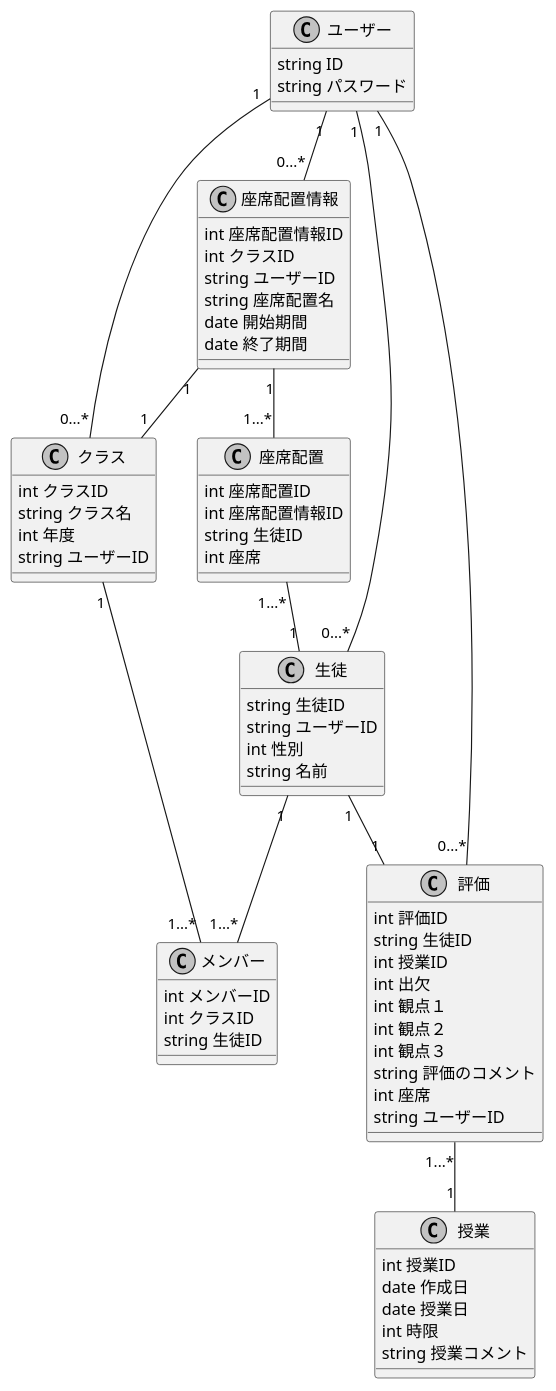
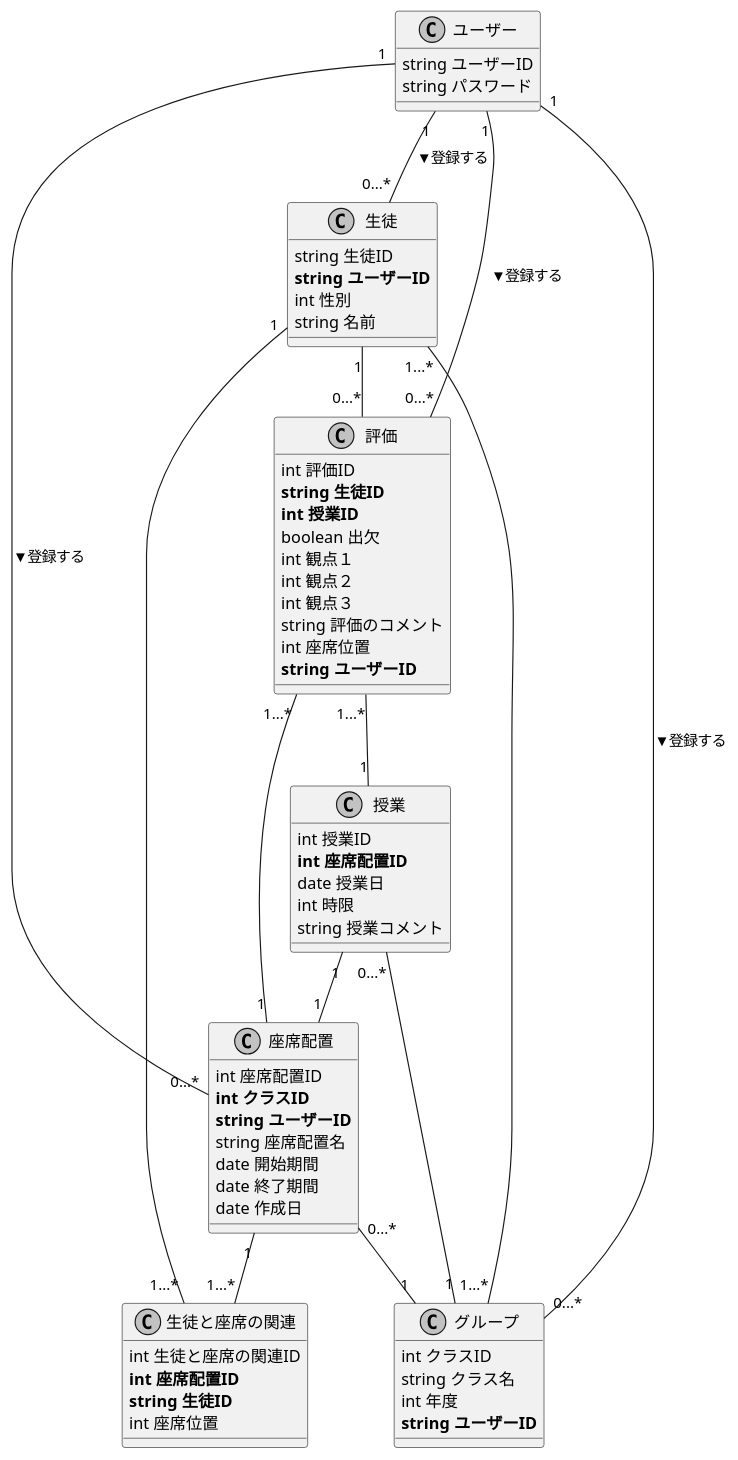
The diagram in docs/class.pu (hatosableSAN/KTaNE-Expertingweb), drawn with PlantUML before and after one commit. The commit also changed 1 other file, not shown here.

Commit message:
update:インスペクションをもとに、クラス図を変更

```diff
--- a/docs/class.pu
+++ b/docs/class.pu
@@ -1,79 +1,78 @@
 @startuml class_diagram
 skinparam monochrome true
 skinparam shadowing false
 ' クラスを定義
 
 class ユーザー{
-    string ID
+    string ユーザーID
     string パスワード
 }
 
 class 生徒{
     string 生徒ID
-    string ユーザーID
+    **string ユーザーID**
     int 性別
     string 名前
 }
-class クラス{
+class グループ{
     int クラスID
     string クラス名
     int 年度
-    string ユーザーID
+    **string ユーザーID**
 }
-class メンバー{
-    int メンバーID
-    int クラスID
-    string 生徒ID
-}
-class 座席配置情報{
-    int 座席配置情報ID
-    int クラスID
-    string ユーザーID
+
+class 座席配置{
+    int 座席配置ID
+    **int クラスID**
+    **string ユーザーID**
     string 座席配置名
     date 開始期間
     date 終了期間
+    date 作成日
 }
-class 座席配置{
-    int 座席配置ID
-    int 座席配置情報ID
-    string 生徒ID
-    int 座席
+class 生徒と座席の関連{
+    int 生徒と座席の関連ID
+    **int 座席配置ID**
+    **string 生徒ID**
+    int 座席位置
 }
 class 評価{
     int 評価ID
-    string 生徒ID
-    int 授業ID
-    int 出欠
+    **string 生徒ID**
+    **int 授業ID**
+    boolean 出欠
     int 観点１
     int 観点２
     int 観点３
     string 評価のコメント
-    int 座席
-    string ユーザーID
+    int 座席位置
+    **string ユーザーID**
 }
 
 class 授業{
     int 授業ID
-    date 作成日
+    **int 座席配置ID**
     date 授業日
     int 時限
     string 授業コメント
 }
 
 
 ' 関係を定義
 'left to right direction
 
-座席配置情報 "1"--"1...*" 座席配置
+座席配置 "1"--"1...*" 生徒と座席の関連
 評価 "1...*" -- "1"  授業
-クラス "1" -- "1...*" メンバー
-生徒 "1" -- "1...*" メンバー
-生徒"1" -- "1" 評価
-ユーザー"1" -- "0...*" 生徒
-ユーザー"1" -- "0...*" 座席配置情報
-ユーザー"1" -- "0...*" クラス
-座席配置情報 "1" -- "1"クラス
-座席配置 "1...*" -- "1" 生徒
-評価 "0...*" -- "1" ユーザー
+生徒 "1...*" -- "1...*" グループ
+生徒"1" -- "0...*" 評価
+ユーザー"1" -- "0...*" 生徒 :▼登録する
+ユーザー"1" -- "0...*" 座席配置 :▼登録する
+ユーザー"1" -- "0...*" グループ :▼登録する
+座席配置 "0...*" -- "1"グループ
+生徒と座席の関連 "1...*" -- "1" 生徒
+評価 "0...*" -- "1" ユーザー :▼登録する
+授業 "0...*"-- "1"グループ
+座席配置 "1"--"1...*" 評価
+授業 "1"-- "1" 座席配置
 ' umlの終了を宣言
 @enduml
```
